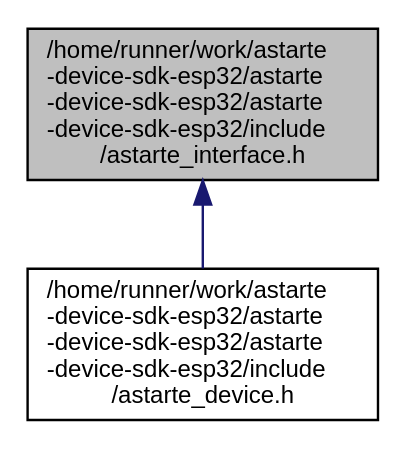
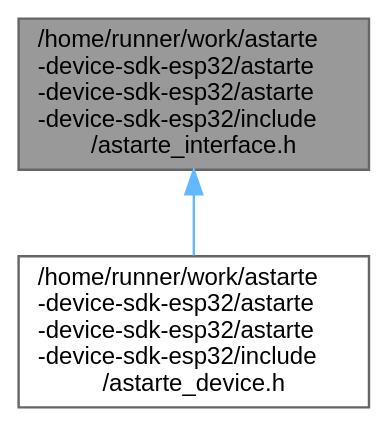
The diagram in device-sdks/esp32/snapshot/api/astarte__interface_8h__dep__incl.dot (astarte-platform/docs), drawn with Graphviz before and after one commit. The commit also changed 181 other files, not shown here.

Commit message:
Update ESP32 SDK documentation

```diff
--- a/device-sdks/esp32/snapshot/api/astarte__interface_8h__dep__incl.dot
+++ b/device-sdks/esp32/snapshot/api/astarte__interface_8h__dep__incl.dot
@@ -1,9 +1,10 @@
 digraph "/home/runner/work/astarte-device-sdk-esp32/astarte-device-sdk-esp32/astarte-device-sdk-esp32/include/astarte_interface.h"
 {
  // LATEX_PDF_SIZE
-  edge [fontname="Helvetica",fontsize="10",labelfontname="Helvetica",labelfontsize="10"];
-  node [fontname="Helvetica",fontsize="10",shape=record];
-  Node1 [label="/home/runner/work/astarte\l-device-sdk-esp32/astarte\l-device-sdk-esp32/astarte\l-device-sdk-esp32/include\l/astarte_interface.h",height=0.2,width=0.4,color="black", fillcolor="grey75", style="filled", fontcolor="black",tooltip="Astarte interface functions."];
-  Node1 -> Node2 [dir="back",color="midnightblue",fontsize="10",style="solid",fontname="Helvetica"];
-  Node2 [label="/home/runner/work/astarte\l-device-sdk-esp32/astarte\l-device-sdk-esp32/astarte\l-device-sdk-esp32/include\l/astarte_device.h",height=0.2,width=0.4,color="black", fillcolor="white", style="filled",URL="$astarte__device_8h.html",tooltip="Astarte device SDK high level API."];
+  bgcolor="transparent";
+  edge [fontname=Helvetica,fontsize=10,labelfontname=Helvetica,labelfontsize=10];
+  node [fontname=Helvetica,fontsize=10,shape=box,height=0.2,width=0.4];
+  Node1 [id="Node000001",label="/home/runner/work/astarte\l-device-sdk-esp32/astarte\l-device-sdk-esp32/astarte\l-device-sdk-esp32/include\l/astarte_interface.h",height=0.2,width=0.4,color="gray40", fillcolor="grey60", style="filled", fontcolor="black",tooltip="Astarte interface functions."];
+  Node1 -> Node2 [id="edge1_Node000001_Node000002",dir="back",color="steelblue1",style="solid",tooltip=" "];
+  Node2 [id="Node000002",label="/home/runner/work/astarte\l-device-sdk-esp32/astarte\l-device-sdk-esp32/astarte\l-device-sdk-esp32/include\l/astarte_device.h",height=0.2,width=0.4,color="grey40", fillcolor="white", style="filled",URL="$astarte__device_8h.html",tooltip="Astarte device SDK high level API."];
 }
```
